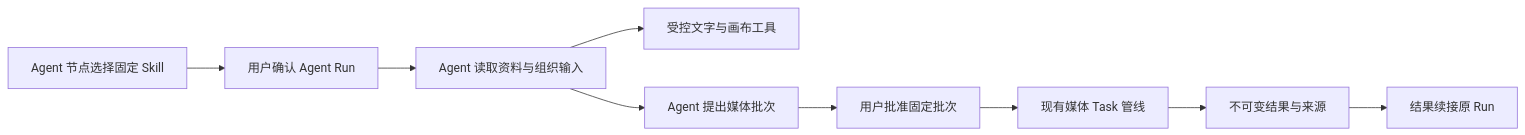
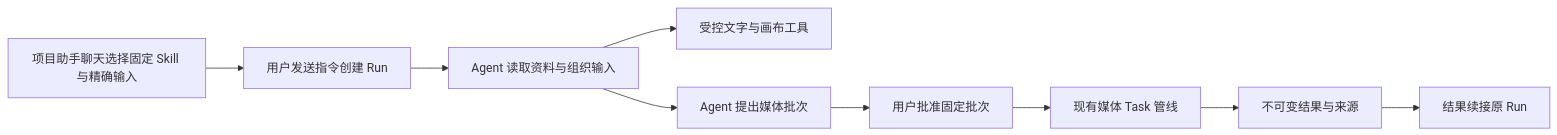
Before and after one commit to grayrepo-byte/Agenvas: the diagram in docs/creative-skills-design.md, drawn with Mermaid. The commit also changed other lines of this file and 195 other files, not shown here.

````diff
--- a/docs/creative-skills-design.md
+++ b/docs/creative-skills-design.md
@@ -119,11 +127,11 @@
 ```mermaid
 flowchart LR
-  S[Agent 节点选择固定 Skill] --> A[用户确认 Agent Run]
+  S[项目助手聊天选择固定 Skill 与精确输入] --> A[用户发送指令创建 Run]
   A --> D[Agent 读取资料与组织输入]
   D --> X[受控文字与画布工具]
   D --> B[Agent 提出媒体批次]
   B --> C[用户批准固定批次]
   C --> T[现有媒体 Task 管线]
   T --> V[不可变结果与来源]
   V --> N[结果续接原 Run]
 ```
````
